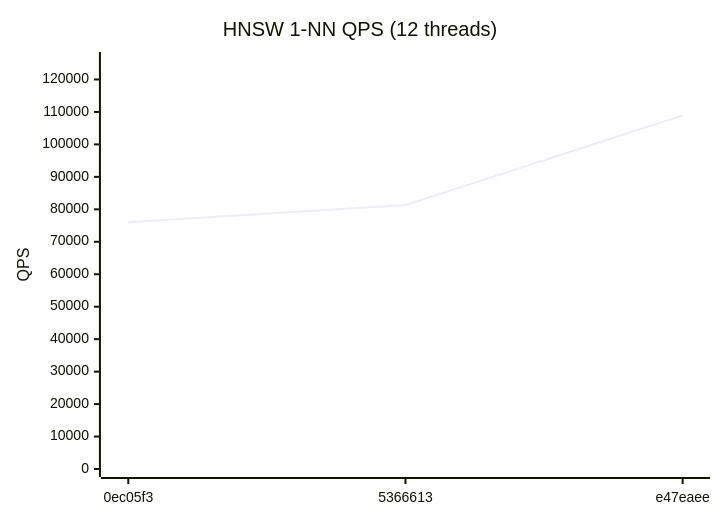
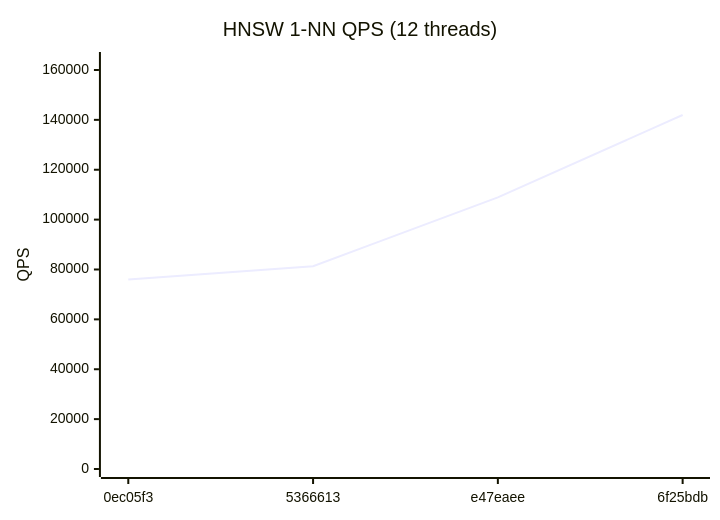
Before and after one commit to bibidhSubedi0/RedBoxDb: the second of 4 diagrams in benchmarks/REPORT.md, drawn with Mermaid. The commit also changed other lines of this file and 1 other file, not shown here.

Commit message:
bench: update performance report [6f25bdb] [skip ci]

````diff
--- a/benchmarks/REPORT.md
+++ b/benchmarks/REPORT.md
@@ -29,7 +29,7 @@
 ```mermaid
 xychart-beta
   title "HNSW 1-NN QPS (12 threads)"
-  x-axis ["0ec05f3", "5366613", "e47eaee"]
-  y-axis "QPS" 0 --> 126000
-  line [76009, 81296, 108905]
+  x-axis ["0ec05f3", "5366613", "e47eaee", "6f25bdb"]
+  y-axis "QPS" 0 --> 164000
+  line [76009, 81296, 108905, 141960]
 ```
````
